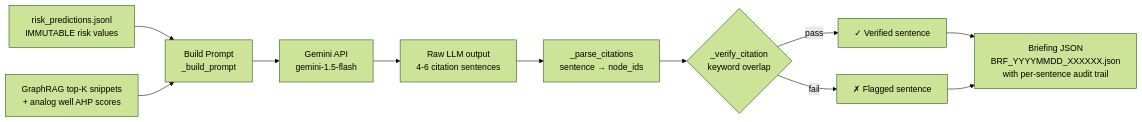
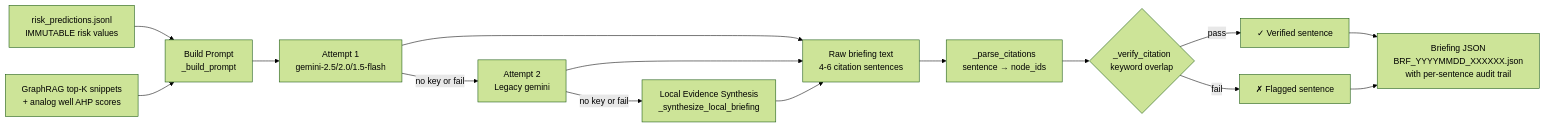
One commit to n3ssdub3y/SIH_2026_PLANNS changed diagram 12 of 16 in ARCHITECTURE.md. Above: the diagram before and after it, drawn with Mermaid (forest theme). The commit also changed other lines of this file and 3 other files, not shown here.

Commit message:
update architecture, a unified project research doc and an antigravity arch update rule

````diff
--- a/ARCHITECTURE.md
+++ b/ARCHITECTURE.md
@@ -696,12 +739,14 @@
 ```mermaid
 flowchart LR
     M3_RISK["risk_predictions.jsonl\nIMMUTABLE risk values"] --> PROMPT
     RAG_RESULTS["GraphRAG top-K snippets\n+ analog well AHP scores"] --> PROMPT
-    PROMPT["Build Prompt\n_build_prompt"] --> GEMINI["Gemini API\ngemini-1.5-flash"]
-    GEMINI --> RAW_TEXT["Raw LLM output\n4-6 citation sentences"]
-    RAW_TEXT --> PARSE["_parse_citations\nsentence → node_ids"]
+    PROMPT["Build Prompt\n_build_prompt"] --> ATTEMPT1["Attempt 1\ngemini-2.5/2.0/1.5-flash"]
+    ATTEMPT1 -->|"no key or fail"| ATTEMPT2["Attempt 2\nLegacy gemini"]
+    ATTEMPT2 -->|"no key or fail"| LOCAL["Local Evidence Synthesis\n_synthesize_local_briefing"]
+    ATTEMPT1 & ATTEMPT2 & LOCAL --> RAW["Raw briefing text\n4-6 citation sentences"]
+    RAW --> PARSE["_parse_citations\nsentence → node_ids"]
     PARSE --> VERIFY{"_verify_citation\nkeyword overlap"}
     VERIFY -->|"pass"| PASS["✓ Verified sentence"]
     VERIFY -->|"fail"| FAIL["✗ Flagged sentence"]
     PASS & FAIL --> BRF["Briefing JSON\nBRF_YYYYMMDD_XXXXXX.json\nwith per-sentence audit trail"]
 ```
````
